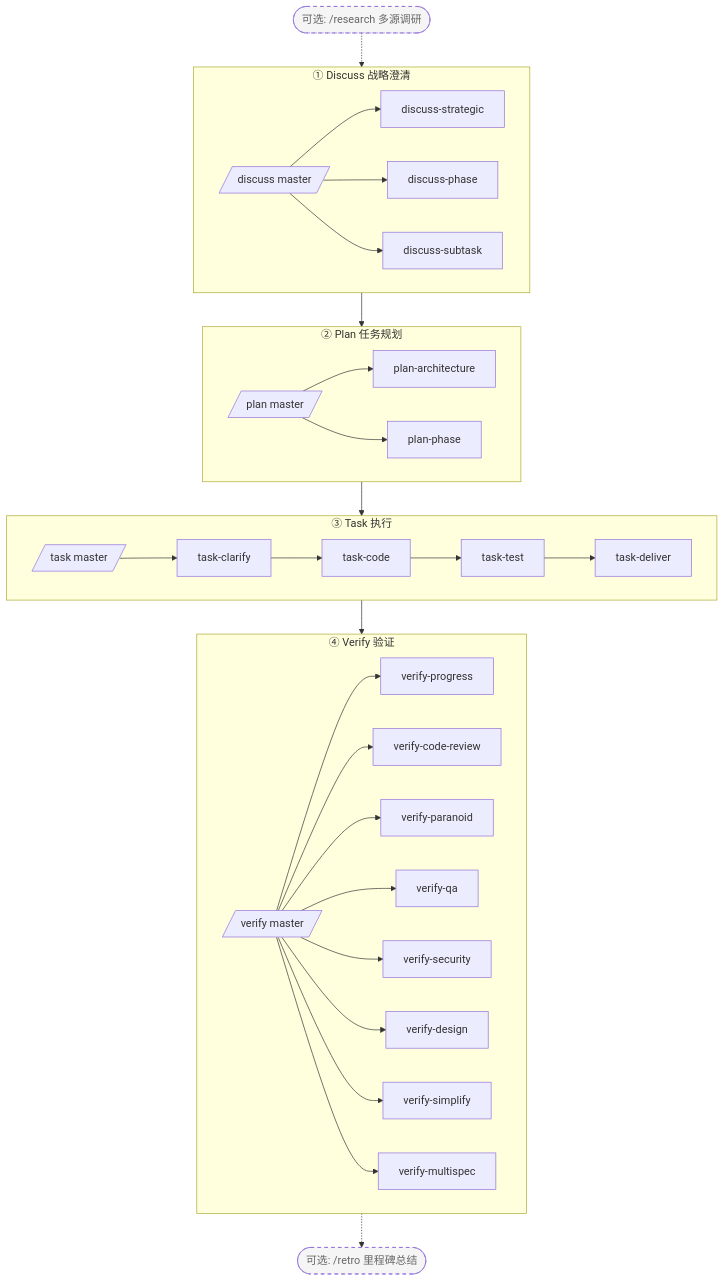
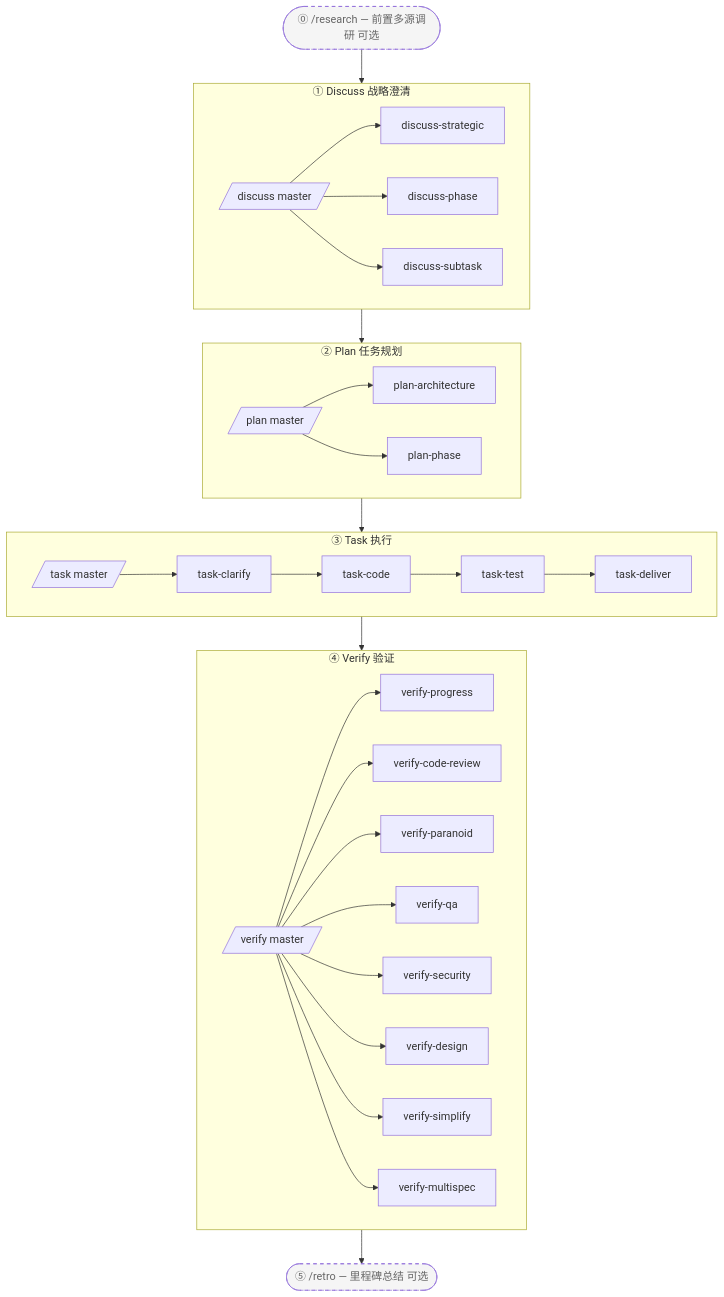
The diagram in README.md (easyinplay/harnessed), drawn with Mermaid before and after one commit. The commit also changed other lines of this file, not shown here.

Commit message:
docs(readme): mermaid 流程图明确 research = Stage ⓪ 前置 + retro = Stage ⑤ 后置 — research 在 discuss 之前位置显式标注, 实线 arrow 替代 dashed (虚框 box 仍标可选)

````diff
--- a/README.md
+++ b/README.md
@@ -41,42 +41,42 @@
 ```mermaid
 graph TD
-  RS([可选: /research 多源调研]):::optional
+  RS([⓪ /research — 前置多源调研 可选]):::optional
   subgraph Discuss[① Discuss 战略澄清]
     DM[/discuss master/]
     DS[discuss-strategic]
     DP[discuss-phase]
     DT[discuss-subtask]
     DM --> DS & DP & DT
   end
   subgraph Plan[② Plan 任务规划]
     PM[/plan master/]
     PA[plan-architecture]
     PP[plan-phase]
     PM --> PA & PP
   end
   subgraph Task[③ Task 执行]
     TM[/task master/]
     TC[task-clarify]
     TCo[task-code]
     TT[task-test]
     TD[task-deliver]
     TM --> TC --> TCo --> TT --> TD
   end
   subgraph Verify[④ Verify 验证]
     VMs[/verify master/]
     VP[verify-progress]
     VC[verify-code-review]
     VPa[verify-paranoid]
     VQ[verify-qa]
     VS[verify-security]
     VD[verify-design]
     VSi[verify-simplify]
     VM[verify-multispec]
     VMs --> VP & VC & VPa & VQ & VS & VD & VSi & VM
   end
-  RT([可选: /retro 里程碑总结]):::optional
-  RS -.-> Discuss
+  RT([⑤ /retro — 里程碑总结 可选]):::optional
+  RS --> Discuss
   Discuss --> Plan --> Task --> Verify
-  Verify -.-> RT
+  Verify --> RT
   classDef optional stroke-dasharray:5 5,fill:#f5f5f5,color:#666
 ```
````
